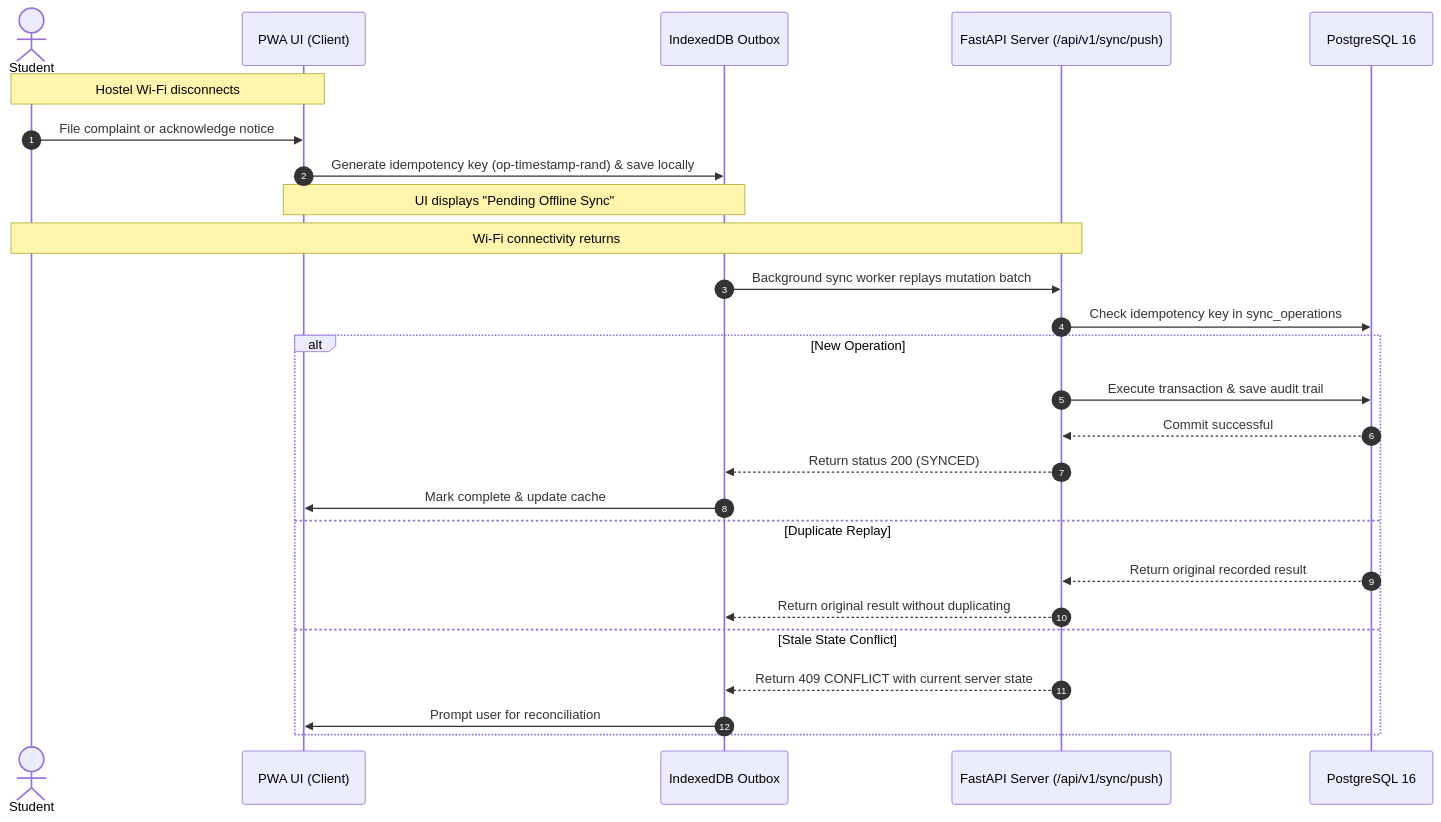
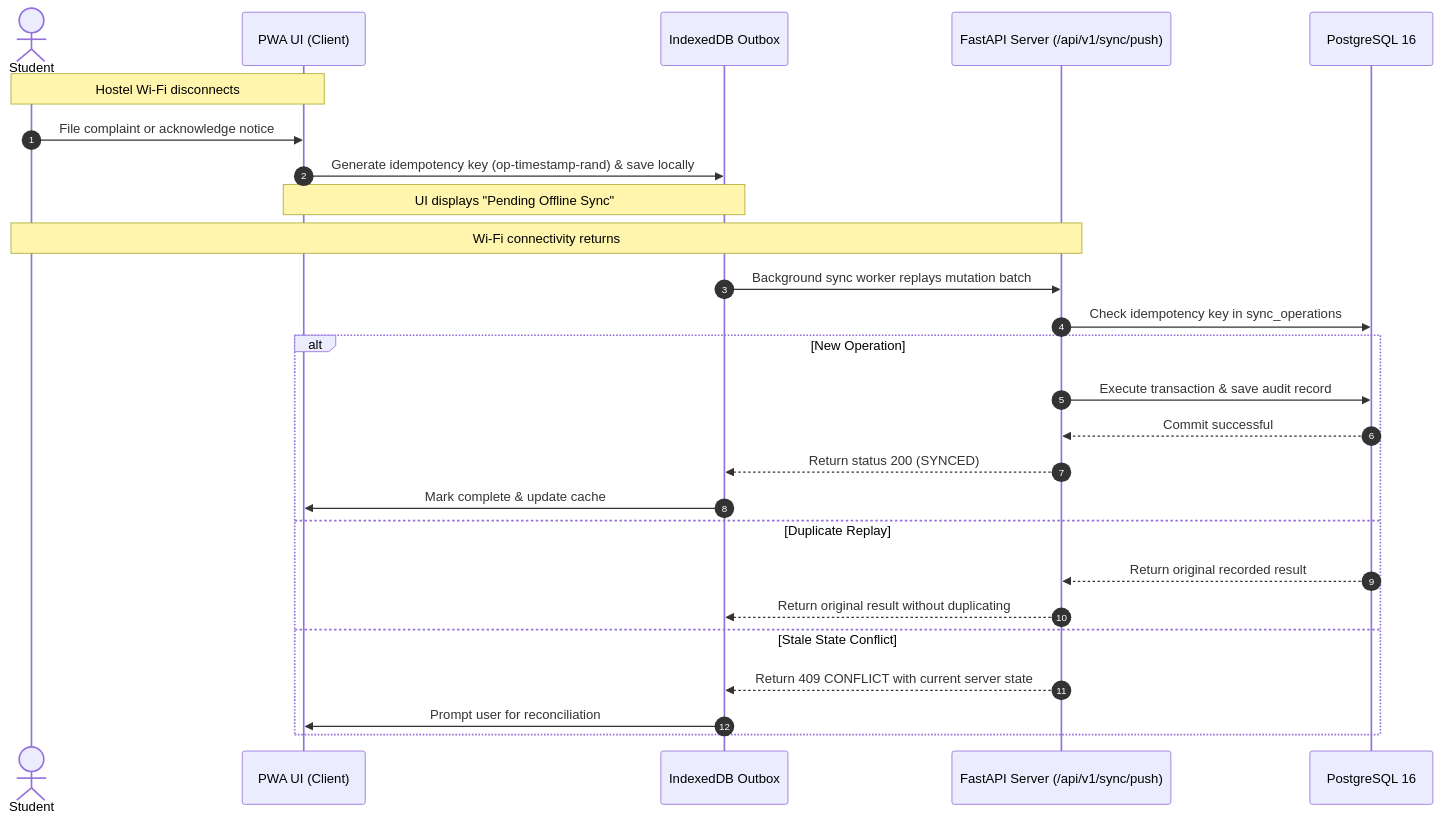
One commit to Crystal-Studio-Labs/Campus-Relay changed the fifth of 8 diagrams in README.md. Above: the diagram before and after it, drawn with Mermaid. The commit also changed other lines of this file and 2 other files, not shown here.

Commit message:
docs(readme): add centered app icon, tons of for-the-badge badges, Mermaid diagrams, and Star History section

````diff
--- a/README.md
+++ b/README.md
@@ -171,29 +201,29 @@
 ```mermaid
 sequenceDiagram
     autonumber
     actor Student
     participant PWA as PWA UI (Client)
     participant IDB as IndexedDB Outbox
     participant API as FastAPI Server (/api/v1/sync/push)
     participant DB as PostgreSQL 16
 
     Note over Student,PWA: Hostel Wi-Fi disconnects
     Student->>PWA: File complaint or acknowledge notice
     PWA->>IDB: Generate idempotency key (op-timestamp-rand) & save locally
     Note over PWA,IDB: UI displays "Pending Offline Sync"
     Note over Student,API: Wi-Fi connectivity returns
     IDB->>API: Background sync worker replays mutation batch
     API->>DB: Check idempotency key in sync_operations
     alt New Operation
-        API->>DB: Execute transaction & save audit trail
+        API->>DB: Execute transaction & save audit record
         DB-->>API: Commit successful
         API-->>IDB: Return status 200 (SYNCED)
         IDB->>PWA: Mark complete & update cache
     else Duplicate Replay
         DB-->>API: Return original recorded result
         API-->>IDB: Return original result without duplicating
     else Stale State Conflict
         API-->>IDB: Return 409 CONFLICT with current server state
         IDB->>PWA: Prompt user for reconciliation
     end
 ```
````
